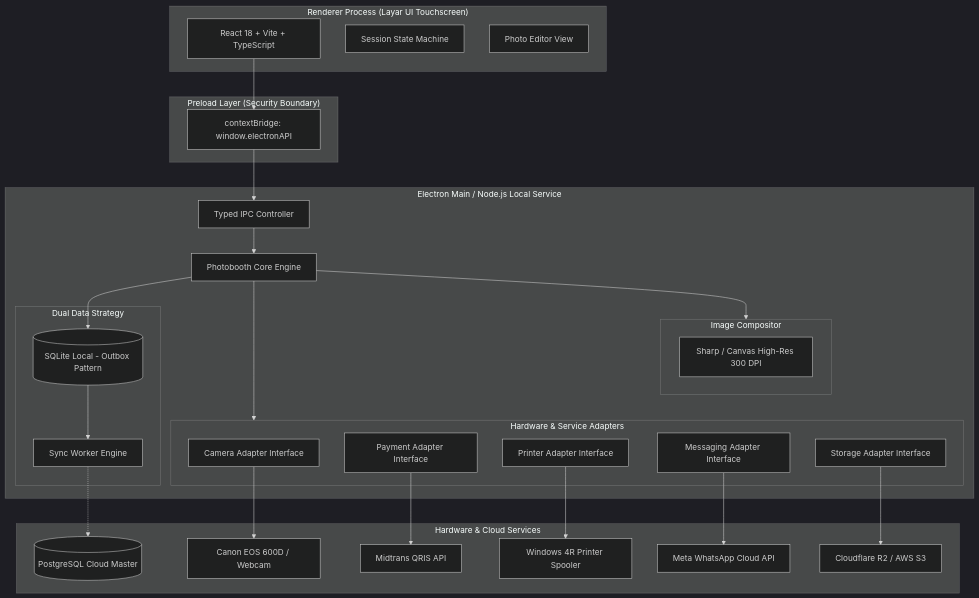
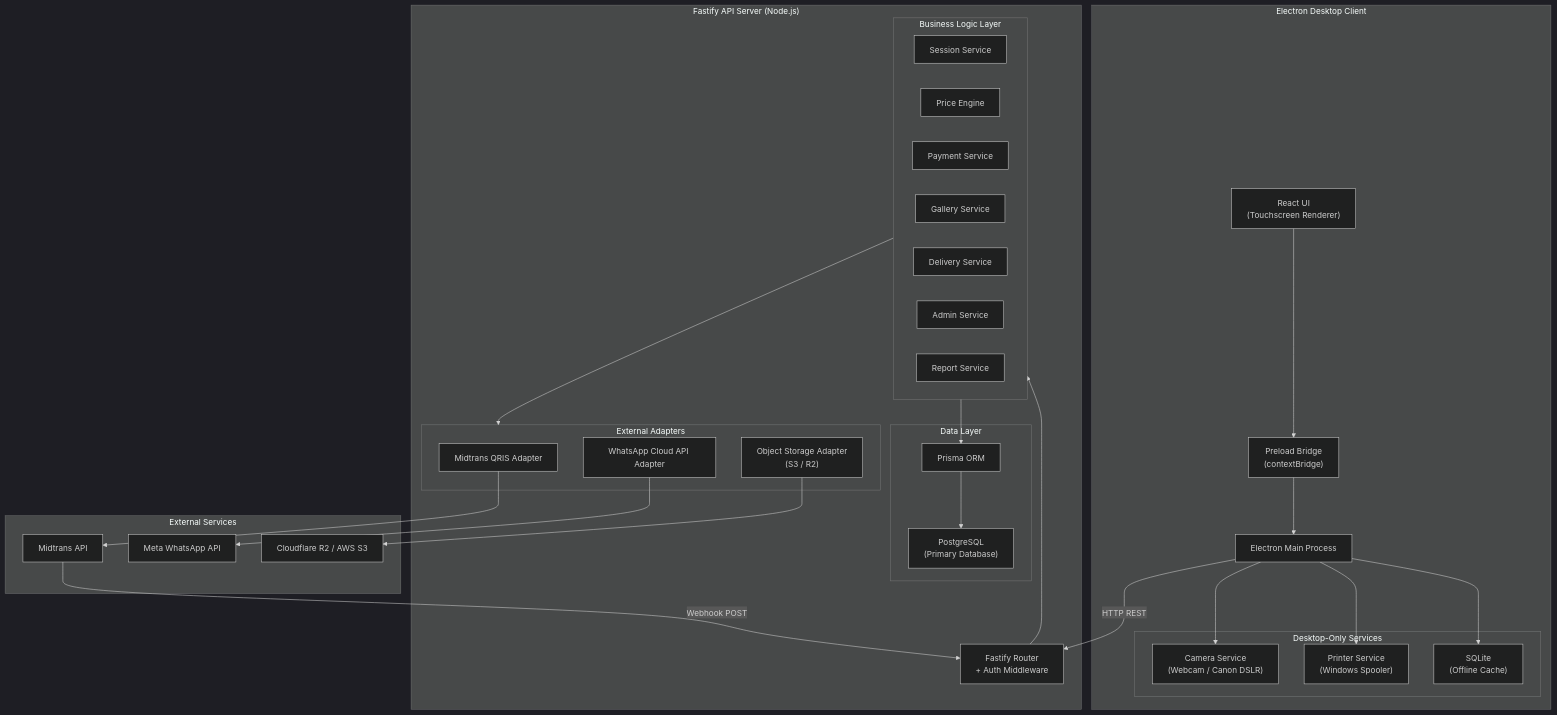
The first of 4 diagrams in docs/ARCHITECTURE.md (luchfier/Minja-Project), drawn with Mermaid (dark theme) before and after one commit. The commit also changed other lines of this file and 6 other files, not shown here.

First line of the commit message:
docs: milestone 0 v2 - architecture, api contract, database schema, security, test plan, milestones

````diff
--- a/docs/ARCHITECTURE.md
+++ b/docs/ARCHITECTURE.md
@@ -25,58 +41,63 @@
 ```mermaid
 graph TB
-    subgraph UI_Layer ["Renderer Process (Layar UI Touchscreen)"]
-        UI[React 18 + Vite + TypeScript]
-        FSM[Session State Machine]
-        CanvasView[Photo Editor View]
-    end
+    subgraph DesktopApp ["Electron Desktop Client"]
+        Renderer["React UI<br/>(Touchscreen Renderer)"]
+        Preload["Preload Bridge<br/>(contextBridge)"]
+        MainProcess["Electron Main Process"]
 
-    subgraph Bridge_Layer ["Preload Layer (Security Boundary)"]
-        Bridge[contextBridge: window.electronAPI]
-    end
-
-    subgraph Backend_Layer ["Electron Main / Node.js Local Service"]
-        IPC[Typed IPC Controller]
-        Logic[Photobooth Core Engine]
-        
-        subgraph Adapters ["Hardware & Service Adapters"]
-            CamAdapter[Camera Adapter Interface]
-            PayAdapter[Payment Adapter Interface]
-            PrintAdapter[Printer Adapter Interface]
-            MsgAdapter[Messaging Adapter Interface]
-            StoreAdapter[Storage Adapter Interface]
-        end
-
-        subgraph Storage ["Dual Data Strategy"]
-            SQLite[(SQLite Local - Outbox Pattern)]
-            SyncWorker[Sync Worker Engine]
-        end
-
-        subgraph Render_Engine ["Image Compositor"]
-            SharpEngine[Sharp / Canvas High-Res 300 DPI]
+        subgraph LocalServices ["Desktop-Only Services"]
+            CamService["Camera Service<br/>(Webcam / Canon DSLR)"]
+            PrintService["Printer Service<br/>(Windows Spooler)"]
+            LocalDB["SQLite<br/>(Offline Cache)"]
         end
     end
 
-    subgraph External_World ["Hardware & Cloud Services"]
-        CamHw[Canon EOS 600D / Webcam]
-        PrinterHw[Windows 4R Printer Spooler]
-        Midtrans[Midtrans QRIS API]
-        WhatsApp[Meta WhatsApp Cloud API]
-        PostgreSQL[(PostgreSQL Cloud Master)]
-        CloudStore[Cloudflare R2 / AWS S3]
+    subgraph BackendServer ["Fastify API Server (Node.js)"]
+        Router["Fastify Router<br/>+ Auth Middleware"]
+        
+        subgraph CoreLogic ["Business Logic Layer"]
+            SessionSvc["Session Service"]
+            PriceSvc["Price Engine"]
+            PaymentSvc["Payment Service"]
+            GallerySvc["Gallery Service"]
+            DeliverySvc["Delivery Service"]
+            AdminSvc["Admin Service"]
+            ReportSvc["Report Service"]
+        end
+        
+        subgraph Adapters ["External Adapters"]
+            MidtransAdapter["Midtrans QRIS Adapter"]
+            WhatsAppAdapter["WhatsApp Cloud API Adapter"]
+            StorageAdapter["Object Storage Adapter<br/>(S3 / R2)"]
+        end
+        
+        subgraph DataLayer ["Data Layer"]
+            Prisma["Prisma ORM"]
+            PG["PostgreSQL<br/>(Primary Database)"]
+        end
     end
 
-    UI --> Bridge
-    Bridge --> IPC
-    IPC --> Logic
-    Logic --> Adapters
-    Logic --> SQLite
-    Logic --> Render_Engine
-    SQLite --> SyncWorker
-    SyncWorker -.-> PostgreSQL
+    subgraph ExternalServices ["External Services"]
+        MidtransAPI["Midtrans API"]
+        MetaAPI["Meta WhatsApp API"]
+        ObjStore["Cloudflare R2 / AWS S3"]
+    end
 
-    CamAdapter --> CamHw
-    PayAdapter --> Midtrans
-    PrintAdapter --> PrinterHw
-    MsgAdapter --> WhatsApp
-    StoreAdapter --> CloudStore
+    Renderer --> Preload
+    Preload --> MainProcess
+    MainProcess -->|"HTTP REST"| Router
+    MainProcess --> CamService
+    MainProcess --> PrintService
+    MainProcess --> LocalDB
+
+    Router --> CoreLogic
+    CoreLogic --> Adapters
+    CoreLogic --> Prisma
+    Prisma --> PG
+
+    MidtransAdapter --> MidtransAPI
+    WhatsAppAdapter --> MetaAPI
+    StorageAdapter --> ObjStore
+
+    MidtransAPI -->|"Webhook POST"| Router
 ```
````
